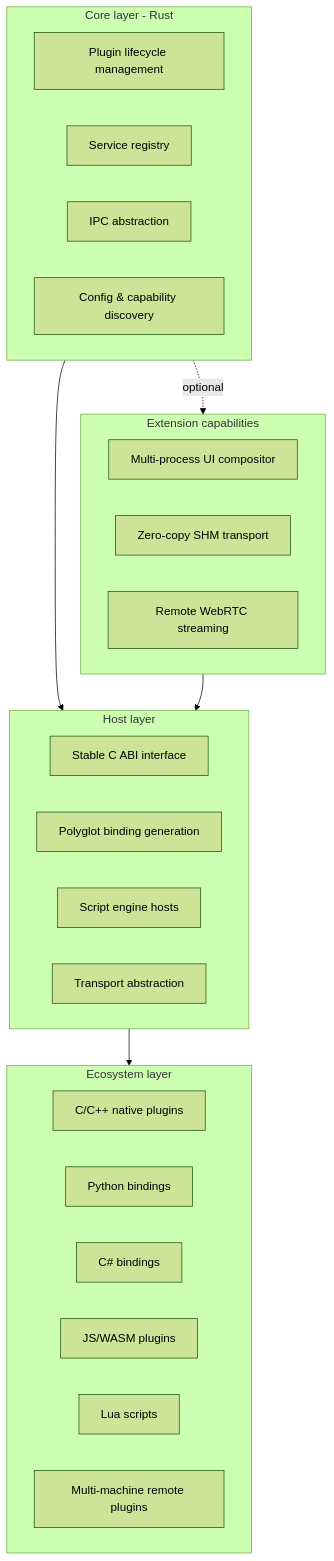
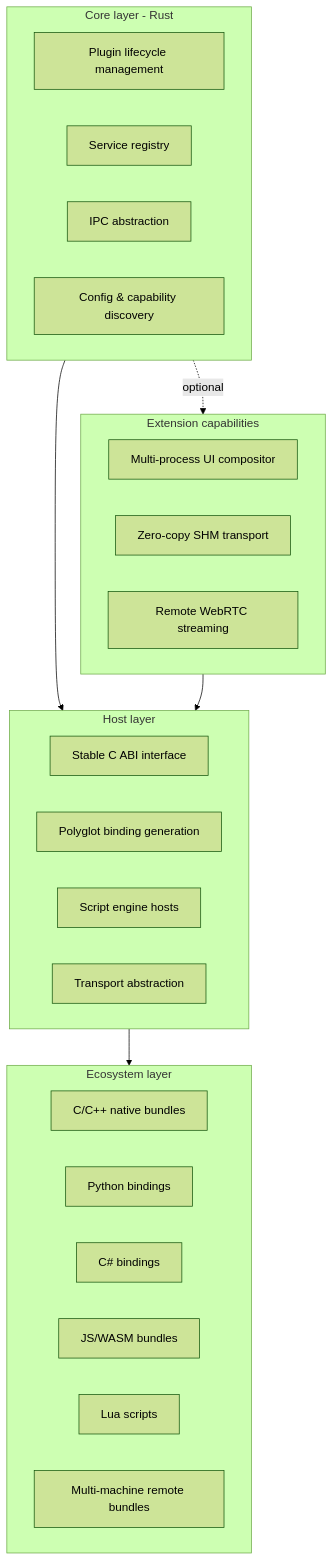
The diagram in docs/whitepaper.md (chengxuewen/ModuKit), drawn with Mermaid (forest theme) before and after one commit. The commit also changed other lines of this file and 24 other files, not shown here.

````diff
--- a/docs/whitepaper.md
+++ b/docs/whitepaper.md
@@ -75,35 +75,35 @@
 ```mermaid
 flowchart TD
     subgraph L1 [Core layer - Rust]
         A[Plugin lifecycle management]
         B[Service registry]
         C[IPC abstraction]
         D[Config & capability discovery]
     end
 
     subgraph L2 [Host layer]
         E1[Stable C ABI interface]
         E2[Polyglot binding generation]
         E3[Script engine hosts]
         E4[Transport abstraction]
     end
 
     subgraph L3 [Ecosystem layer]
-        F1[C/C++ native plugins]
+        F1[C/C++ native bundles]
         F2[Python bindings]
         F3[C# bindings]
-        F4[JS/WASM plugins]
+        F4[JS/WASM bundles]
         F5[Lua scripts]
-        F6[Multi-machine remote plugins]
+        F6[Multi-machine remote bundles]
     end
 
     subgraph L4 [Extension capabilities]
         G1[Multi-process UI compositor]
         G2[Zero-copy SHM transport]
         G3[Remote WebRTC streaming]
     end
 
     L1 --> L2 --> L3
     L1 -.optional.-> L4
     L4 --> L2
 ```
````
